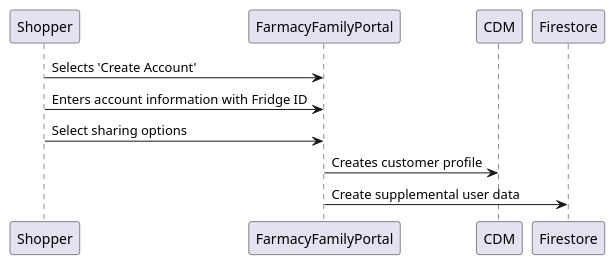
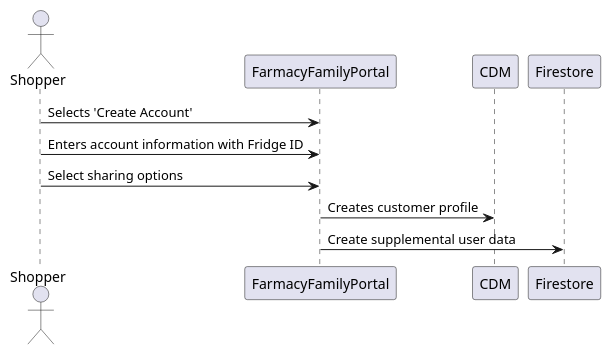
Before and after one commit to bd250227/Farmacists: the diagram in sequence-diagrams/consumer-sign-up.plantuml, drawn with PlantUML. The commit also changed 5 other files, not shown here.

Commit message:
Add pngs for diagrams.

```diff
--- a/sequence-diagrams/consumer-sign-up.plantuml
+++ b/sequence-diagrams/consumer-sign-up.plantuml
@@ -1,7 +1,8 @@
 @startuml
+actor Shopper as Shopper
 Shopper -> FarmacyFamilyPortal: Selects 'Create Account'
 Shopper -> FarmacyFamilyPortal: Enters account information with Fridge ID
 Shopper -> FarmacyFamilyPortal: Select sharing options
 FarmacyFamilyPortal -> CDM: Creates customer profile
 FarmacyFamilyPortal -> Firestore: Create supplemental user data
 @enduml
```
